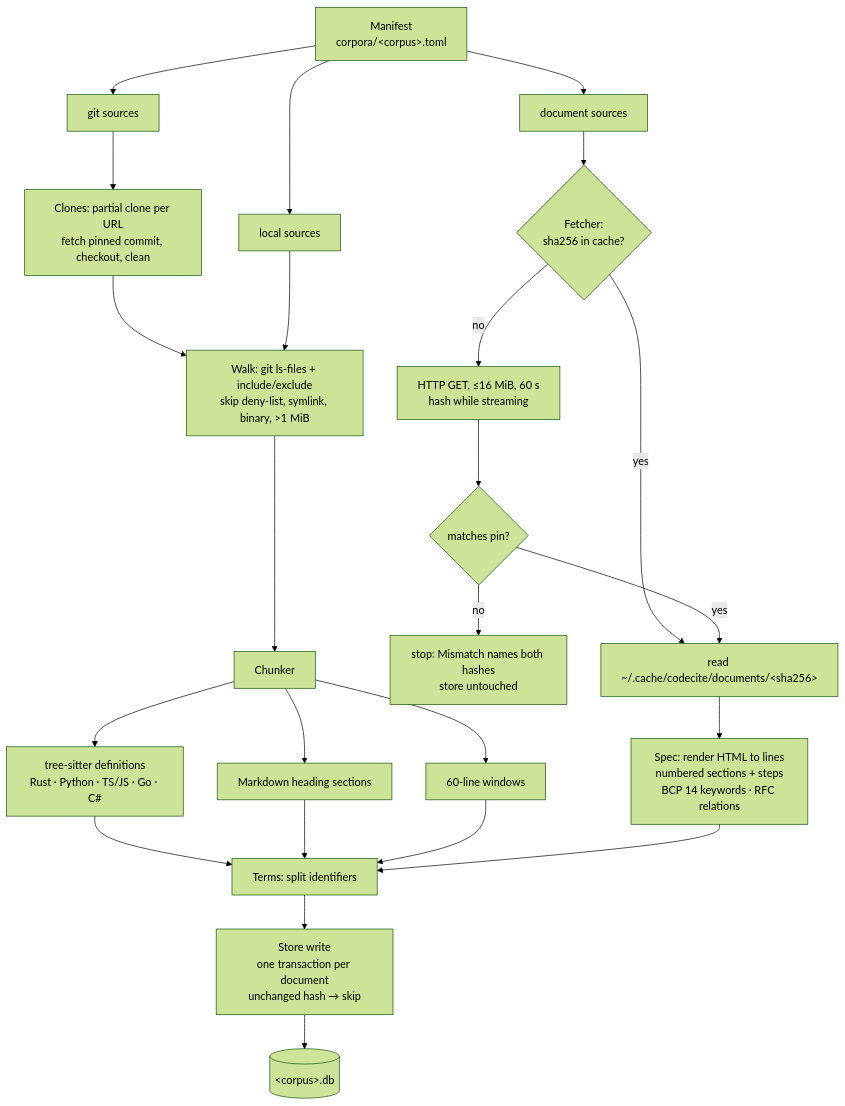
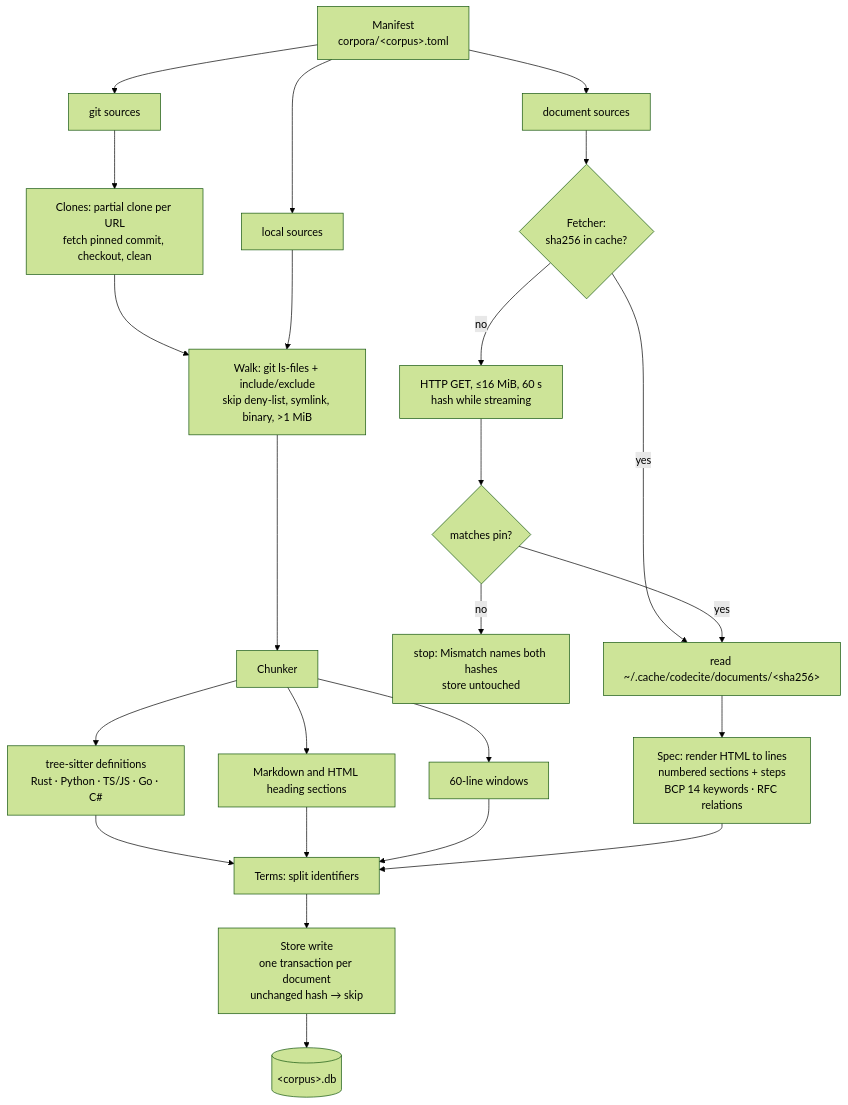
One commit to jamescrowley321/codecite changed the third of 5 diagrams in docs/design.md. Above: the diagram before and after it, drawn with Mermaid (forest theme). The commit also changed other lines of this file and 5 other files, not shown here.

````diff
--- a/docs/design.md
+++ b/docs/design.md
@@ -90,20 +90,20 @@
 ```mermaid
 flowchart TD
   manifest["Manifest<br/>corpora/#lt;corpus#gt;.toml"] --> docs & gits & locals
   docs["document sources"] --> fetcher{"Fetcher:<br/>sha256 in cache?"}
   fetcher -- yes --> cached["read ~/.cache/codecite/documents/#lt;sha256#gt;"]
   fetcher -- no --> get["HTTP GET, ≤16 MiB, 60 s<br/>hash while streaming"] --> pin{"matches pin?"}
   pin -- no --> stop["stop: Mismatch names both hashes<br/>store untouched"]
   pin -- yes --> cached
   gits["git sources"] --> clones["Clones: partial clone per URL<br/>fetch pinned commit, checkout, clean"]
   clones --> walk
   locals["local sources"] --> walk["Walk: git ls-files + include/exclude<br/>skip deny-list, symlink, binary, #gt;1 MiB"]
   walk --> chunker["Chunker"]
   chunker --> ts["tree-sitter definitions<br/>Rust · Python · TS/JS · Go · C#"]
-  chunker --> md["Markdown heading sections"]
+  chunker --> md["Markdown and HTML heading sections"]
   chunker --> win["60-line windows"]
   cached --> spec["Spec: render HTML to lines<br/>numbered sections + steps<br/>BCP 14 keywords · RFC relations"]
   ts & md & win & spec --> terms["Terms: split identifiers"]
   terms --> write["Store write<br/>one transaction per document<br/>unchanged hash → skip"]
   write --> db[("#lt;corpus#gt;.db")]
 ```
````
